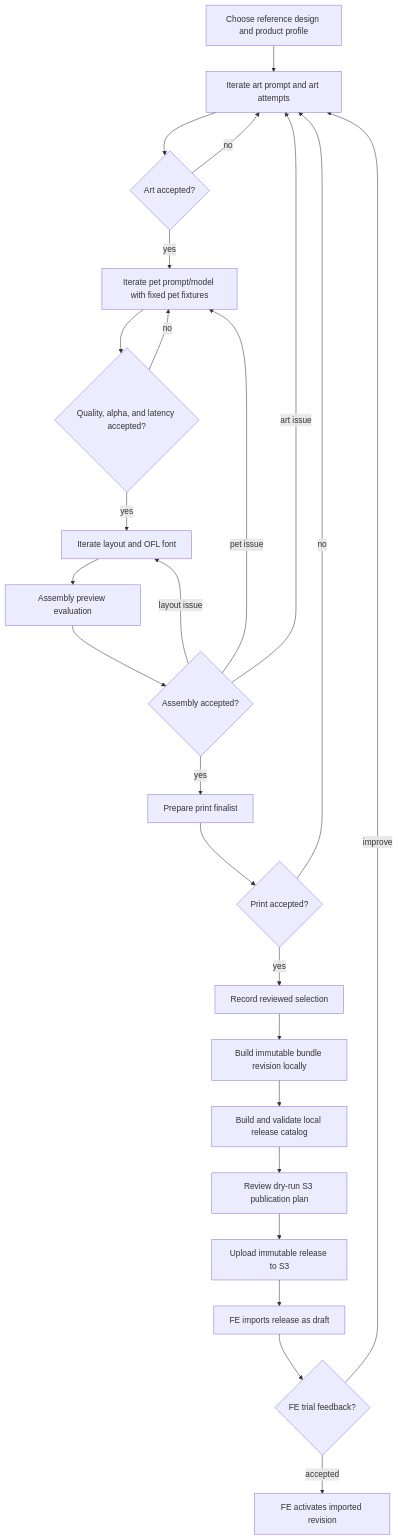
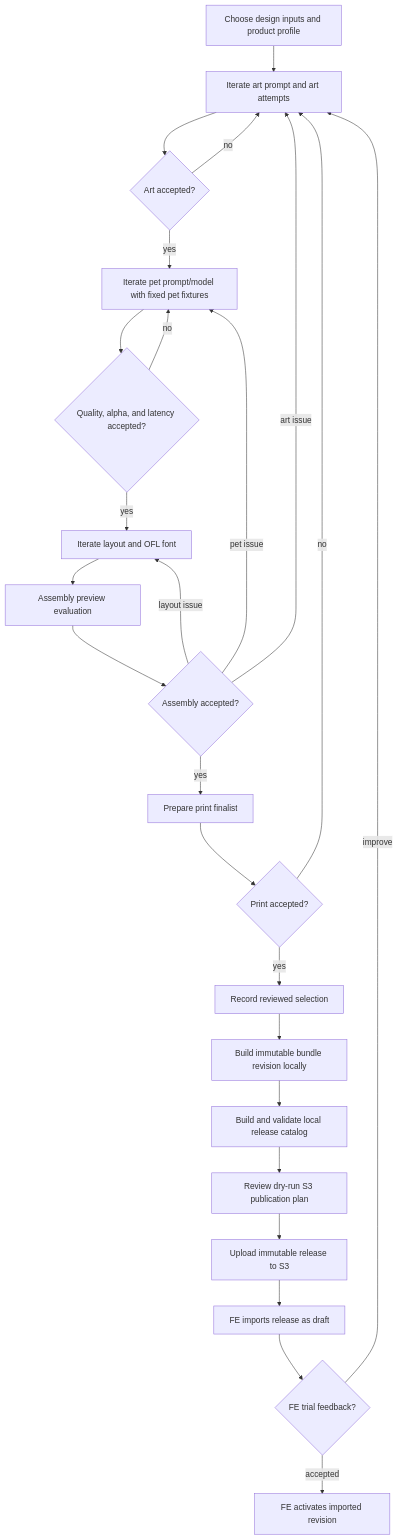
One commit to pawmarvel/playground changed the diagram in TemplateGenerator/docs/MVP_OPERATIONS_GUIDE.md. Above: the diagram before and after it, drawn with Mermaid. The commit also changed other lines of this file and 14 other files, not shown here.

First line of the commit message:
Support no reference image E2E flow:

````diff
--- a/TemplateGenerator/docs/MVP_OPERATIONS_GUIDE.md
+++ b/TemplateGenerator/docs/MVP_OPERATIONS_GUIDE.md
@@ -60,27 +61,27 @@
 ```mermaid
 flowchart TD
-    A[Choose reference design and product profile] --> B[Iterate art prompt and art attempts]
+    A[Choose design inputs and product profile] --> B[Iterate art prompt and art attempts]
     B --> C{Art accepted?}
     C -- no --> B
     C -- yes --> D[Iterate pet prompt/model with fixed pet fixtures]
     D --> E{Quality, alpha, and latency accepted?}
     E -- no --> D
     E -- yes --> F[Iterate layout and OFL font]
     F --> G[Assembly preview evaluation]
     G --> H{Assembly accepted?}
     H -- art issue --> B
     H -- pet issue --> D
     H -- layout issue --> F
     H -- yes --> I[Prepare print finalist]
     I --> J{Print accepted?}
     J -- no --> B
     J -- yes --> K[Record reviewed selection]
     K --> L[Build immutable bundle revision locally]
     L --> M[Build and validate local release catalog]
     M --> N[Review dry-run S3 publication plan]
     N --> O[Upload immutable release to S3]
     O --> P[FE imports release as draft]
     P --> Q{FE trial feedback?}
     Q -- improve --> B
     Q -- accepted --> R[FE activates imported revision]
 ```
````
